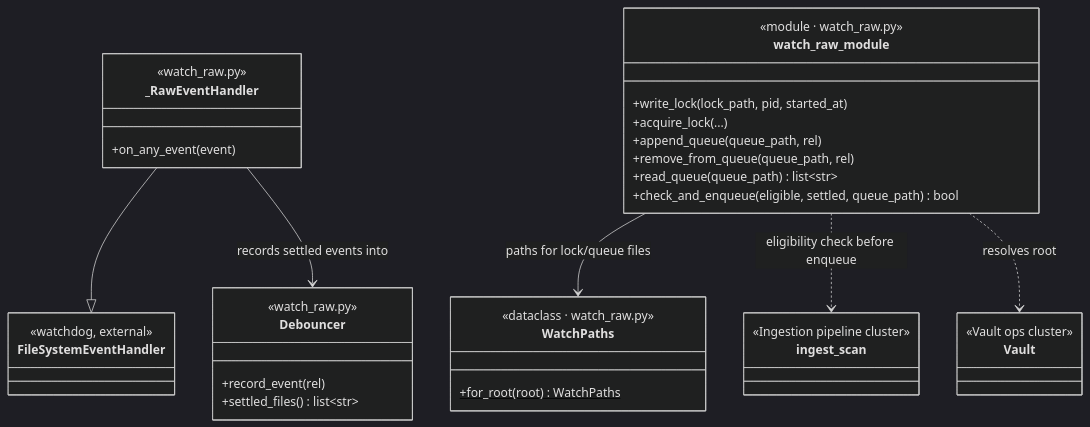
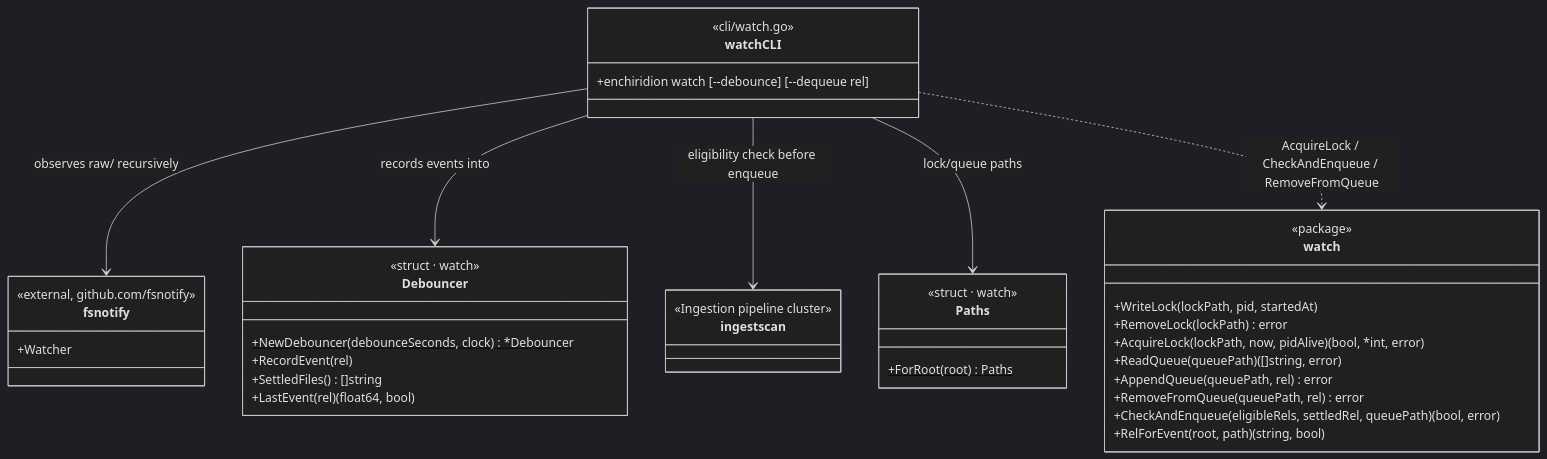
One commit to dhague/enchiridion changed the eighth of 9 diagrams in docs/architecture.md. Above: the diagram before and after it, drawn with Mermaid (dark theme). The commit also changed other lines of this file and 1 other file, not shown here.

Commit message:
Redraw docs/architecture.md natively for Go (#191)

````diff
--- a/docs/architecture.md
+++ b/docs/architecture.md
@@ -444,40 +583,42 @@
 ```mermaid
 classDiagram
     class Debouncer {
-        <<watch_raw.py>>
-        +record_event(rel)
-        +settled_files() list~str~
+        <<struct · watch>>
+        +NewDebouncer(debounceSeconds, clock)$ *Debouncer
+        +RecordEvent(rel)
+        +SettledFiles() []string
+        +LastEvent(rel) (float64, bool)
     }
-    class _RawEventHandler {
-        <<watch_raw.py>>
-        +on_any_event(event)
+    class Paths {
+        <<struct · watch>>
+        +ForRoot(root)$ Paths
     }
-    class FileSystemEventHandler {
-        <<watchdog, external>>
+    class watch {
+        <<package>>
+        +WriteLock(lockPath, pid, startedAt)
+        +RemoveLock(lockPath) error
+        +AcquireLock(lockPath, now, pidAlive) (bool, *int, error)
+        +ReadQueue(queuePath) ([]string, error)
+        +AppendQueue(queuePath, rel) error
+        +RemoveFromQueue(queuePath, rel) error
+        +CheckAndEnqueue(eligibleRels, settledRel, queuePath) (bool, error)
+        +RelForEvent(root, path) (string, bool)
     }
-    class WatchPaths {
-        <<dataclass · watch_raw.py>>
-        +for_root(root)$ WatchPaths
+    class fsnotify {
+        <<external, github.com/fsnotify>>
+        +Watcher
     }
-    class watch_raw_module {
-        <<module · watch_raw.py>>
-        +write_lock(lock_path, pid, started_at)
-        +acquire_lock(...)
-        +append_queue(queue_path, rel)
-        +remove_from_queue(queue_path, rel)
-        +read_queue(queue_path) list~str~
-        +check_and_enqueue(eligible, settled, queue_path) bool
+    class watchCLI {
+        <<cli/watch.go>>
+        +enchiridion watch [--debounce] [--dequeue rel]
     }
-    class ingest_scan {
+    class ingestscan {
         <<Ingestion pipeline cluster>>
     }
-    class Vault {
-        <<Vault ops cluster>>
-    }
 
-    _RawEventHandler --|> FileSystemEventHandler
-    _RawEventHandler --> Debouncer : records settled events into
-    watch_raw_module --> WatchPaths : paths for lock/queue files
-    watch_raw_module ..> ingest_scan : eligibility check before enqueue
-    watch_raw_module ..> Vault : resolves root
+    watchCLI --> fsnotify : observes raw/ recursively
+    watchCLI --> Debouncer : records events into
+    watchCLI --> ingestscan : eligibility check before enqueue
+    watchCLI --> Paths : lock/queue paths
+    watchCLI ..> watch : AcquireLock / CheckAndEnqueue / RemoveFromQueue
 ```
````
